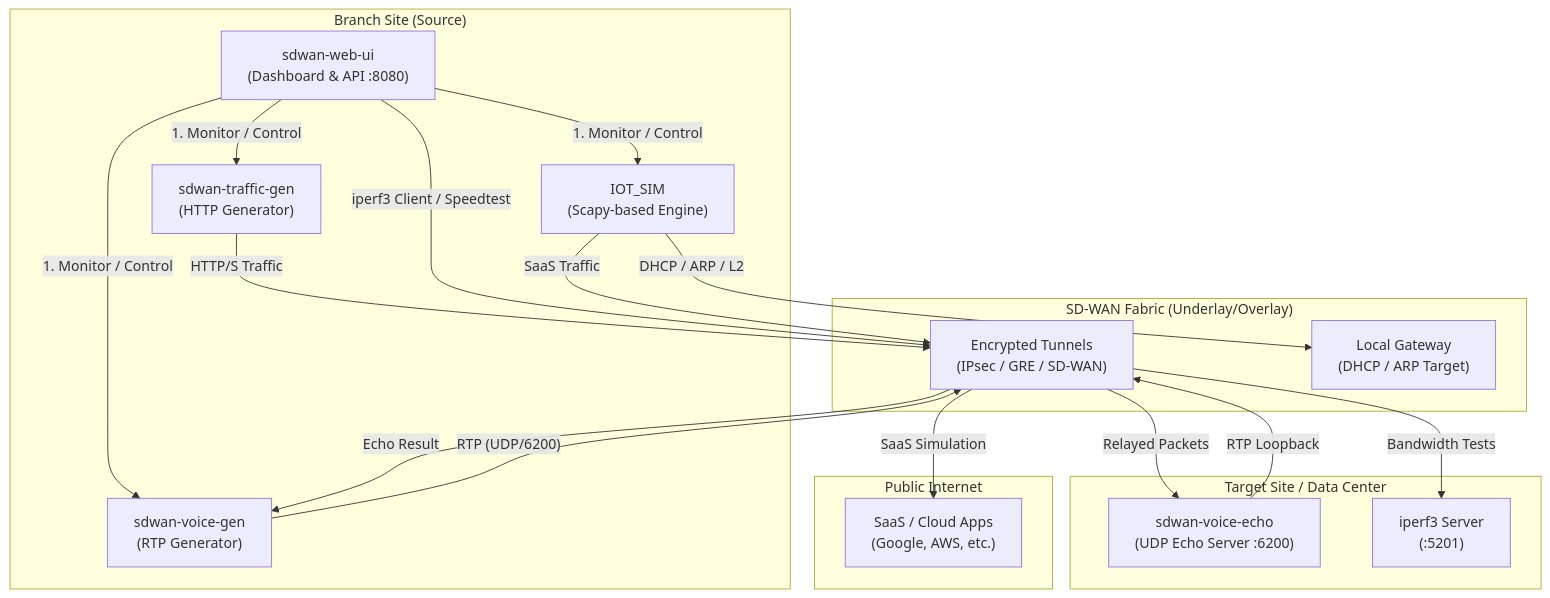
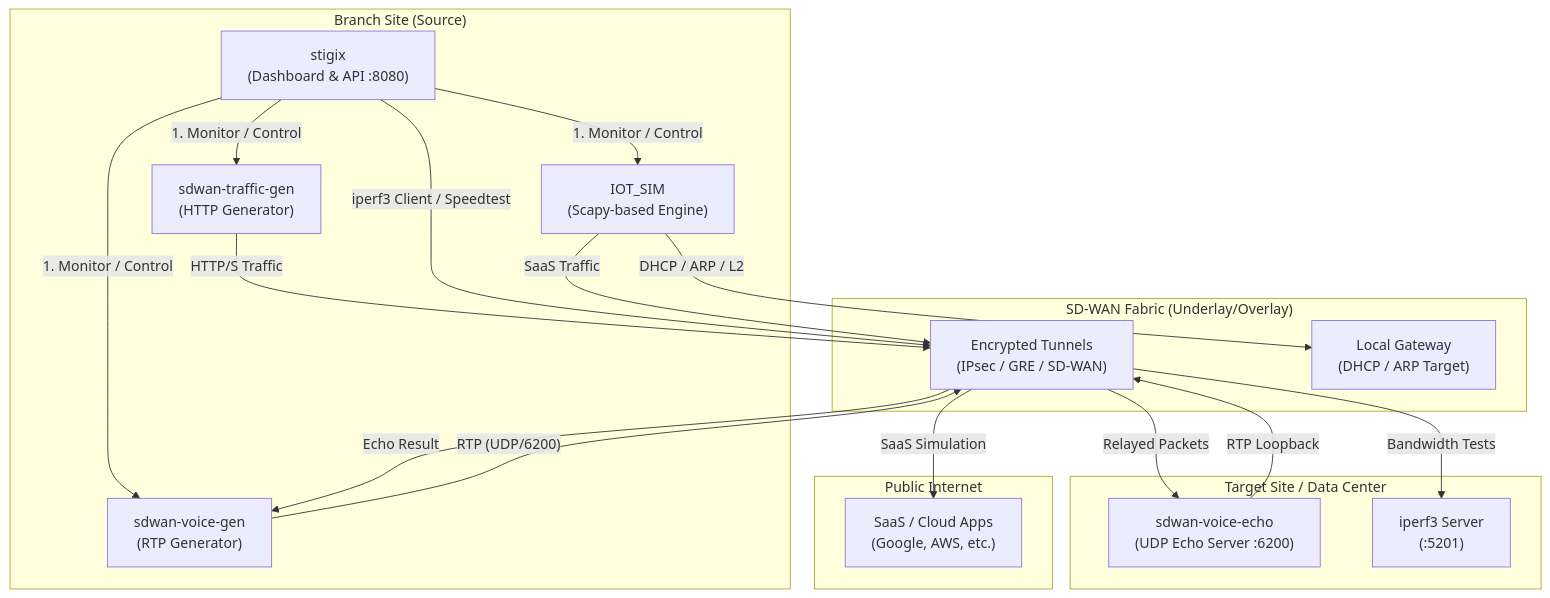
One commit to jsuzanne/stigix changed the diagram in docs/TECHNICAL_DIAGRAM.md. Above: the diagram before and after it, drawn with Mermaid. The commit also changed other lines of this file and 19 other files, not shown here.

````diff
--- a/docs/TECHNICAL_DIAGRAM.md
+++ b/docs/TECHNICAL_DIAGRAM.md
@@ -5,42 +5,42 @@
 ```mermaid
 graph TD
     subgraph "Branch Site (Source)"
-        UI["sdwan-web-ui<br/>(Dashboard & API :8080)"]
+        UI["stigix<br/>(Dashboard & API :8080)"]
         HTTP_GEN["sdwan-traffic-gen<br/>(HTTP Generator)"]
         VOICE_GEN["sdwan-voice-gen<br/>(RTP Generator)"]
         IOT_GEN["IOT_SIM<br/>(Scapy-based Engine)"]
     end
 
     subgraph "SD-WAN Fabric (Underlay/Overlay)"
         Tunnel["Encrypted Tunnels<br/>(IPsec / GRE / SD-WAN)"]
         Gateway["Local Gateway<br/>(DHCP / ARP Target)"]
     end
 
     subgraph "Target Site / Data Center"
         ECHO["sdwan-voice-echo<br/>(UDP Echo Server :6200)"]
         IPERF["iperf3 Server<br/>(:5201)"]
     end
 
     subgraph "Public Internet"
         CLOUD["SaaS / Cloud Apps<br/>(Google, AWS, etc.)"]
     end
 
     %% Flow Definitions
     UI -- "1. Monitor / Control" --> HTTP_GEN
     UI -- "1. Monitor / Control" --> VOICE_GEN
     UI -- "1. Monitor / Control" --> IOT_GEN
     
     HTTP_GEN -- "HTTP/S Traffic" --> Tunnel
     VOICE_GEN -- "RTP (UDP/6200)" --> Tunnel
     UI -- "iperf3 Client / Speedtest" --> Tunnel
     
     IOT_GEN -- "DHCP / ARP / L2" --> Gateway
     IOT_GEN -- "SaaS Traffic" --> Tunnel
     
     Tunnel -- "Relayed Packets" --> ECHO
     Tunnel -- "Bandwidth Tests" --> IPERF
     Tunnel -- "SaaS Simulation" --> CLOUD
 
     ECHO -- "RTP Loopback" --> Tunnel
     Tunnel -- "Echo Result" --> VOICE_GEN
 ```
````
